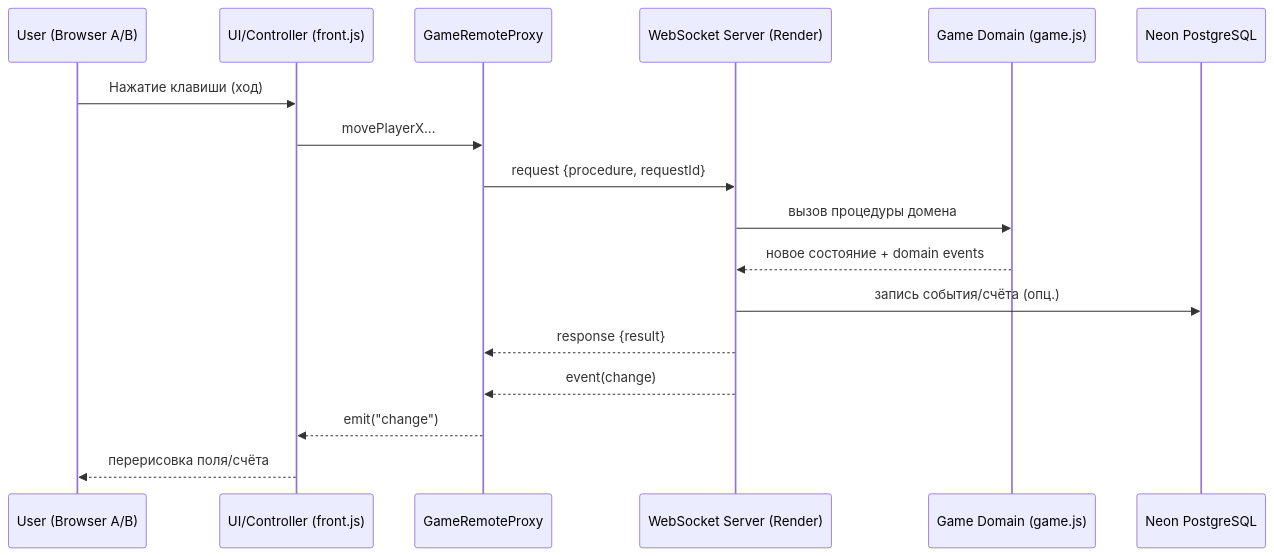
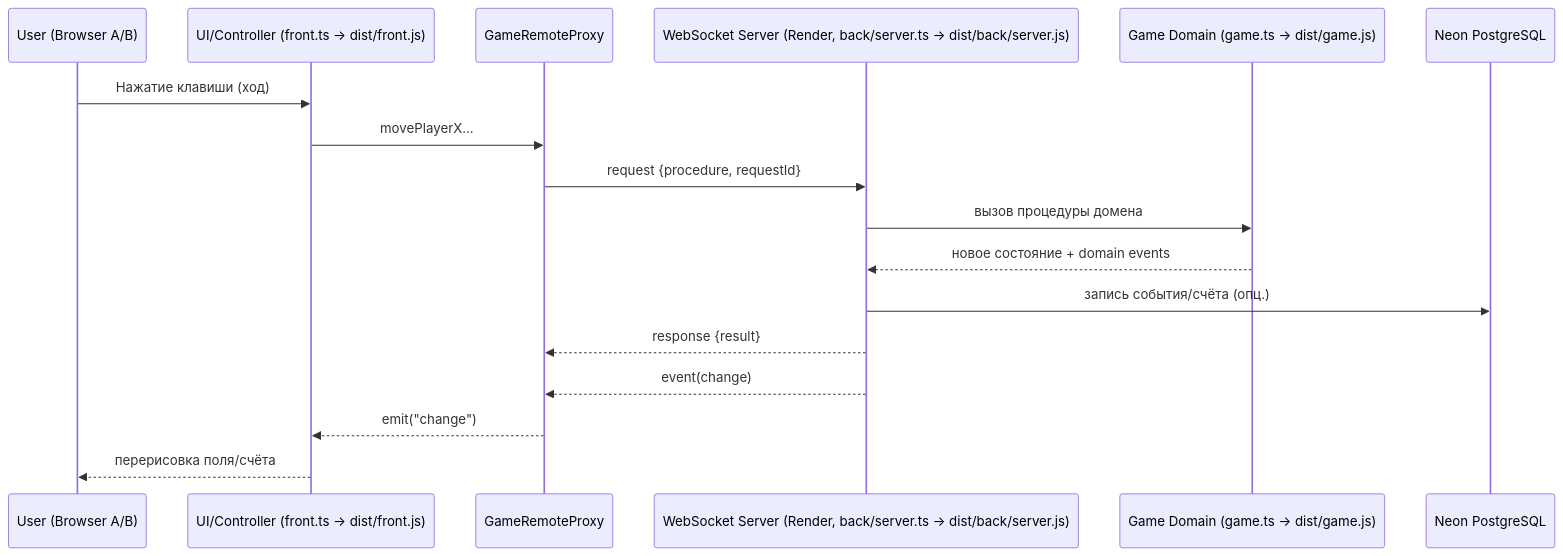
Before and after one commit to Alexander0Yusov/catch-the-google: the first of 4 diagrams in README.md, drawn with Mermaid. The commit also changed other lines of this file, not shown here.

````diff
--- a/README.md
+++ b/README.md
@@ -71,20 +71,20 @@
 ```mermaid
 sequenceDiagram
   participant U as User (Browser A/B)
-  participant UI as UI/Controller (front.js)
+  participant UI as UI/Controller (front.ts -> dist/front.js)
   participant RP as GameRemoteProxy
-  participant WS as WebSocket Server (Render)
-  participant D as Game Domain (game.js)
+  participant WS as WebSocket Server (Render, back/server.ts -> dist/back/server.js)
+  participant D as Game Domain (game.ts -> dist/game.js)
   participant DB as Neon PostgreSQL
 
   U->>UI: Нажатие клавиши (ход)
   UI->>RP: movePlayerX...
   RP->>WS: request {procedure, requestId}
   WS->>D: вызов процедуры домена
   D-->>WS: новое состояние + domain events
   WS->>DB: запись события/счёта (опц.)
   WS-->>RP: response {result}
   WS-->>RP: event(change)
   RP-->>UI: emit("change")
   UI-->>U: перерисовка поля/счёта
 ```
````
